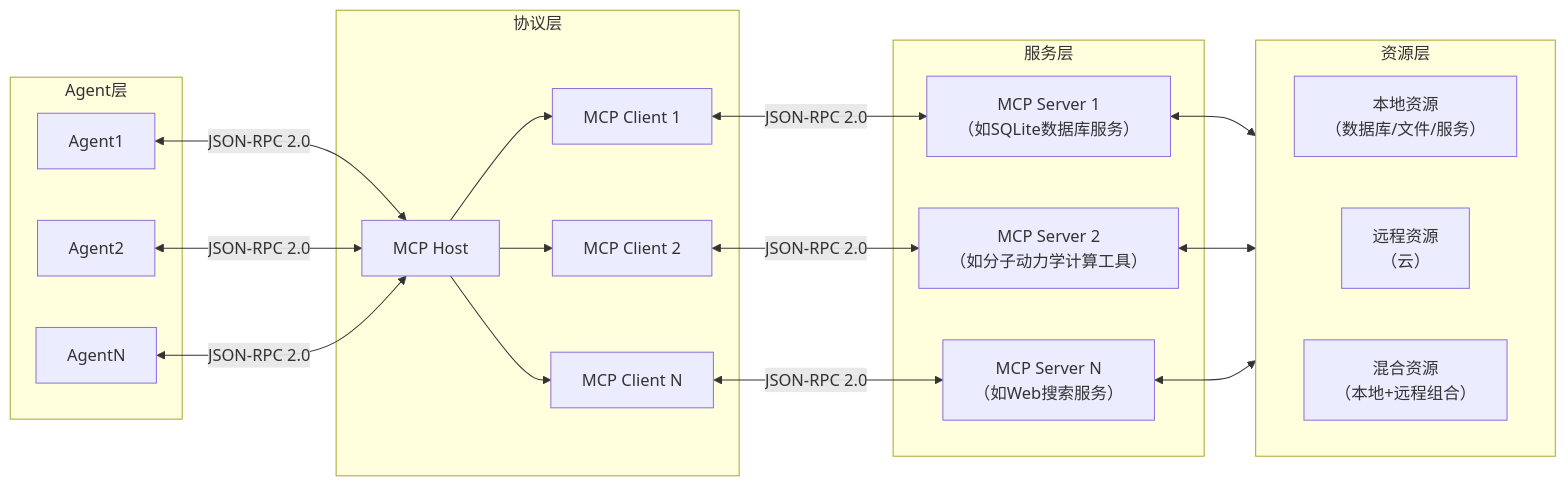
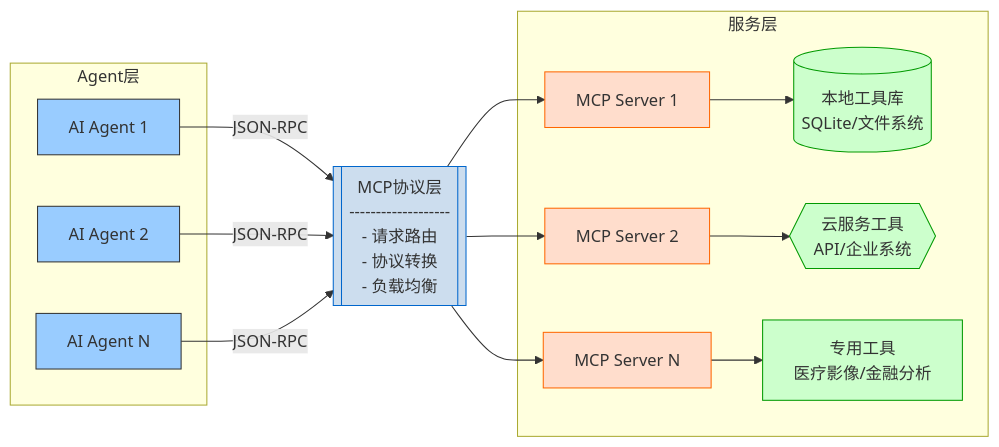
Before and after one commit to SleeeepyZhou/AIdot: the diagram in addons/AIdot/.Asset/MCP.md, drawn with Mermaid. The commit also changed 21 other files, not shown here.

````diff
--- a/addons/AIdot/.Asset/MCP.md
+++ b/addons/AIdot/.Asset/MCP.md
@@ -1,31 +1,42 @@
 ```mermaid
 graph LR
-    subgraph "Agent层"
-        Agent1
-        Agent2
-        AgentN
+
+    subgraph Agent层
+        Agent1[AI Agent 1]
+        Agent2[AI Agent 2]
+        AgentN[AI Agent N]
     end
 
-    subgraph "协议层"
-        MCP_Host[MCP Host] --> MCP_Client1[MCP Client 1]
-        MCP_Host --> MCP_Client2[MCP Client 2]
-        MCP_Host --> MCP_ClientN[MCP Client N]
+    MCP_Protocol[[MCP协议层
+    -------------------
+    - 请求路由
+    - 协议转换
+    - 负载均衡]]
+
+    Agent1 -->|JSON-RPC| MCP_Protocol
+    Agent2 -->|JSON-RPC| MCP_Protocol
+    AgentN -->|JSON-RPC| MCP_Protocol
+
+    subgraph 服务层
+        Server1[MCP Server 1]
+        Server2[MCP Server 2]
+        ServerN[MCP Server N]
+        
+        Server1 --> Tool1[(本地工具库<br>SQLite/文件系统)]
+        Server2 --> Tool2{{云服务工具<br>API/企业系统}}
+        ServerN --> ToolN[专用工具<br>医疗影像/金融分析]
     end
-    Agent1 <-->|JSON-RPC 2.0| MCP_Host
-    Agent2 <-->|JSON-RPC 2.0| MCP_Host
-    AgentN <-->|JSON-RPC 2.0| MCP_Host
+    MCP_Protocol --> Server1
+    MCP_Protocol --> Server2
+    MCP_Protocol --> ServerN
 
-    subgraph "服务层"
-        MCP_Client1 <-->|JSON-RPC 2.0| MCP_Server1[MCP Server 1<br>（如SQLite数据库服务）]
-        MCP_Client2 <-->|JSON-RPC 2.0| MCP_Server2[MCP Server 2<br>（如分子动力学计算工具）]
-        MCP_ClientN <-->|JSON-RPC 2.0| MCP_ServerN[MCP Server N<br>（如Web搜索服务）]
-    end
-
-    subgraph "资源层"
-        direction LR
-        MCP_Server1 <--> Local_Resources[本地资源<br>（数据库/文件/服务）]
-        MCP_Server2 <--> Remote_Resources[远程资源<br>（云）]
-        MCP_ServerN <--> Hybrid_Resources[混合资源<br>（本地+远程组合）]
-    end
+    classDef agent fill:#9cf,stroke:#333;
+    classDef protocol fill:#cde,stroke:#06c;
+    classDef server fill:#fdc,stroke:#f60;
+    classDef tool fill:#cfc,stroke:#090;
+    class Agent1,Agent2,AgentN agent
+    class MCP_Protocol protocol
+    class Server1,Server2,ServerN server
+    class Tool1,Tool2,ToolN tool
 
 ```
````
